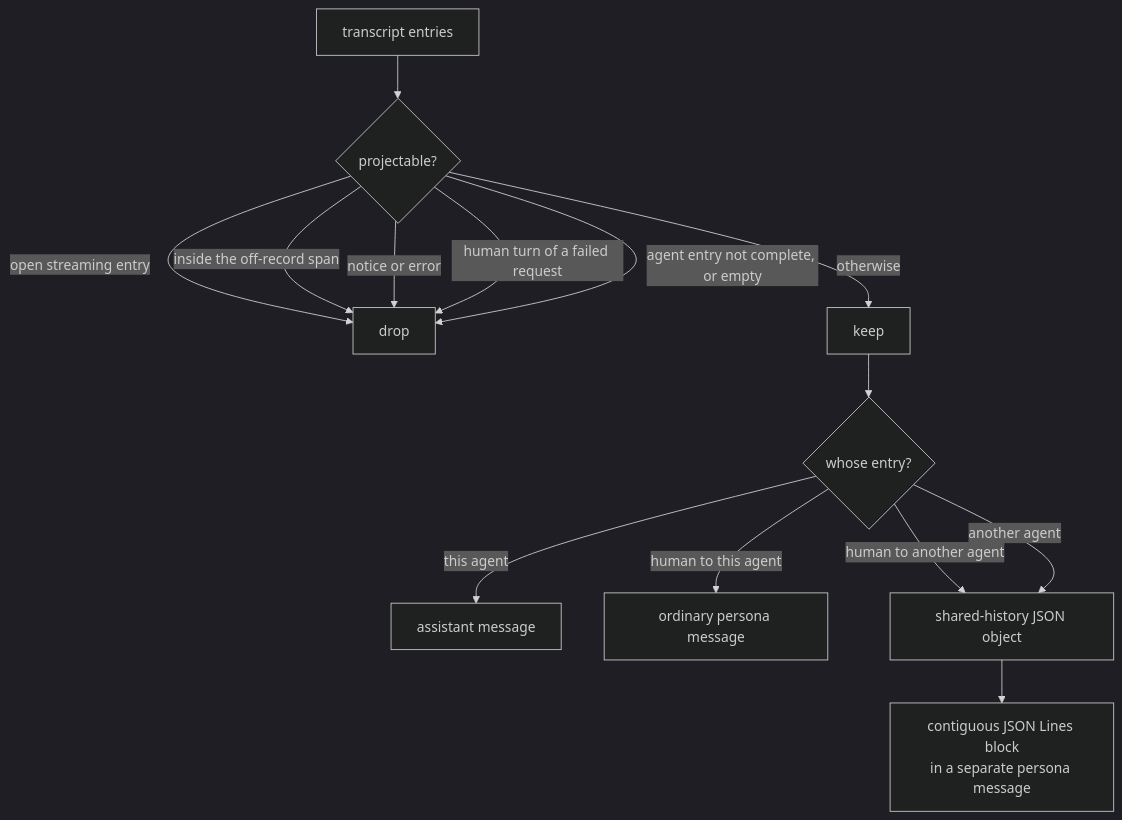
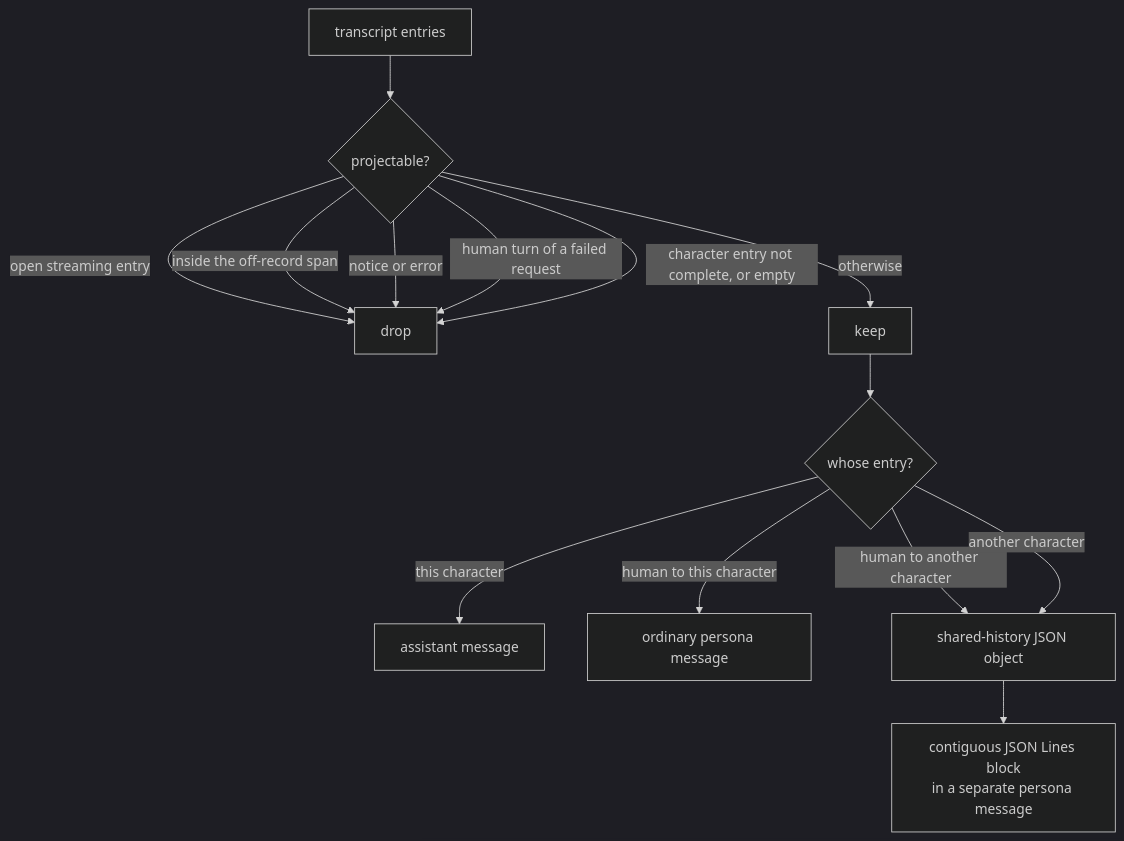
One commit to michaelpopov/cha changed the fourth of 4 diagrams in src/agents/README.md. Above: the diagram before and after it, drawn with Mermaid (dark theme). The commit also changed other lines of this file and 92 other files, not shown here.

````diff
--- a/src/agents/README.md
+++ b/src/agents/README.md
@@ -272,16 +272,16 @@
 ```mermaid
 flowchart TD
     E["transcript entries"] --> F{"projectable?"}
     F -->|"open streaming entry"| D["drop"]
     F -->|"inside the off-record span"| D
     F -->|"notice or error"| D
     F -->|"human turn of a failed request"| D
-    F -->|"agent entry not complete, or empty"| D
+    F -->|"character entry not complete, or empty"| D
     F -->|"otherwise"| K["keep"]
     K --> W{"whose entry?"}
-    W -->|"this agent"| A["assistant message"]
-    W -->|"human to this agent"| U["ordinary persona message"]
-    W -->|"human to another agent"| J["shared-history JSON object"]
-    W -->|"another agent"| J
+    W -->|"this character"| A["assistant message"]
+    W -->|"human to this character"| U["ordinary persona message"]
+    W -->|"human to another character"| J["shared-history JSON object"]
+    W -->|"another character"| J
     J --> B["contiguous JSON Lines block<br/>in a separate persona message"]
 ```
````
